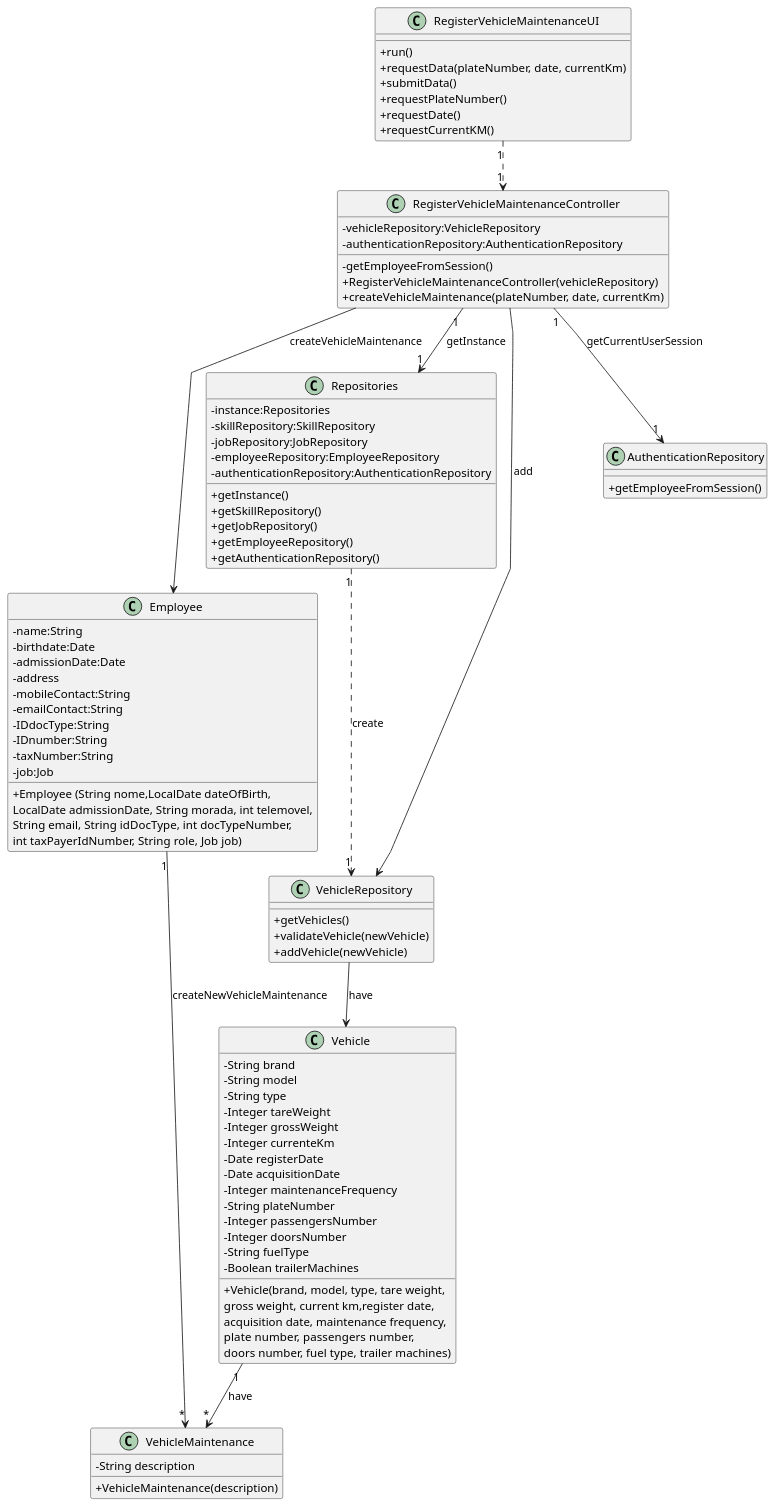
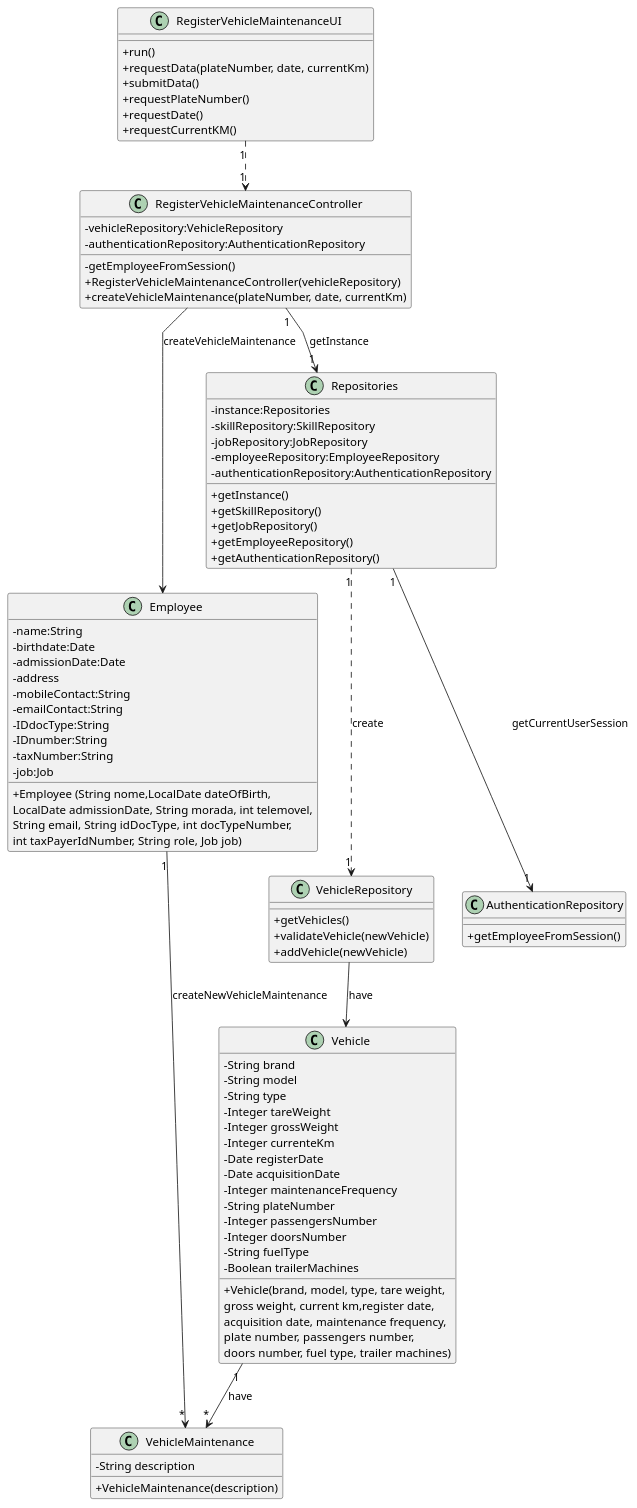
The diagram in docs/sprintC/us07/03.design/puml/us07-class-diagram.puml (Paulo-Pereira-at-ISEP/lei-24-s2-1nanb-g321), drawn with PlantUML before and after one commit. The commit also changed other lines of this file and 2 other files, not shown here.

```diff
--- a/docs/sprintC/us07/03.design/puml/us07-class-diagram.puml
+++ b/docs/sprintC/us07/03.design/puml/us07-class-diagram.puml
@@ -120,112 +1,110 @@
 @startuml
 'skinparam monochrome true
 skinparam packageStyle rectangle
 skinparam shadowing false
 skinparam linetype polyline
 'skinparam linetype orto
 
 skinparam classAttributeIconSize 0
 
 'left to right direction
 
 class RegisterVehicleMaintenanceUI {
     +run()
     +requestData(plateNumber, date, currentKm)
     +submitData()
     +requestPlateNumber()
     +requestDate()
     +requestCurrentKM()
 }
 
 class RegisterVehicleMaintenanceController {
     - vehicleRepository:VehicleRepository
     - authenticationRepository:AuthenticationRepository
 
     - getEmployeeFromSession()
     + RegisterVehicleMaintenanceController(vehicleRepository)
     + createVehicleMaintenance(plateNumber, date, currentKm)
 }
 
 class Employee{
     -name:String
     -birthdate:Date
     -admissionDate:Date
     -address
     -mobileContact:String
     -emailContact:String
     -IDdocType:String
     -IDnumber:String
     -taxNumber:String
     -job:Job
 
     +Employee (String nome,LocalDate dateOfBirth,\nLocalDate admissionDate, String morada, int telemovel,\nString email, String idDocType, int docTypeNumber,\nint taxPayerIdNumber, String role, Job job)
 }
 
 class Repositories{
     - instance:Repositories
     - skillRepository:SkillRepository
     - jobRepository:JobRepository
     - employeeRepository:EmployeeRepository
     -authenticationRepository:AuthenticationRepository
 
     + getInstance()
     + getSkillRepository()
     + getJobRepository()
     + getEmployeeRepository()
     + getAuthenticationRepository()
 }
 
 class VehicleRepository{
     + getVehicles()
     + validateVehicle(newVehicle)
     + addVehicle(newVehicle)
 }
 
 class AuthenticationRepository{
     + getEmployeeFromSession()
 }
 
 class Vehicle {
     - String brand
     - String model
     - String type
     - Integer tareWeight
     - Integer grossWeight
     - Integer currenteKm
     - Date registerDate
     - Date acquisitionDate
     - Integer maintenanceFrequency
     - String plateNumber
     - Integer passengersNumber
     - Integer doorsNumber
     - String fuelType
     - Boolean trailerMachines
 
     + Vehicle(brand, model, type, tare weight, \ngross weight, current km,register date, \nacquisition date, maintenance frequency, \nplate number, passengers number,\ndoors number, fuel type, trailer machines)
 }
 
 class VehicleMaintenance {
     - String description
 
     + VehicleMaintenance(description)
 }
 
 RegisterVehicleMaintenanceUI "1" ..> "1" RegisterVehicleMaintenanceController
 
 RegisterVehicleMaintenanceController "1" --> "1" Repositories : getInstance
 
 Repositories "1" ..> "1" VehicleRepository : create
 
 RegisterVehicleMaintenanceController --> Employee : createVehicleMaintenance
 
-RegisterVehicleMaintenanceController "1" --> "1" AuthenticationRepository : getCurrentUserSession
+Repositories "1" --> "1" AuthenticationRepository : getCurrentUserSession
 
 Employee "1" --> "*" VehicleMaintenance : createNewVehicleMaintenance
-
-RegisterVehicleMaintenanceController --> VehicleRepository: add
 
 VehicleRepository --> Vehicle : have
 
 Vehicle "1" --> "*" VehicleMaintenance : have
 
 @enduml
```
